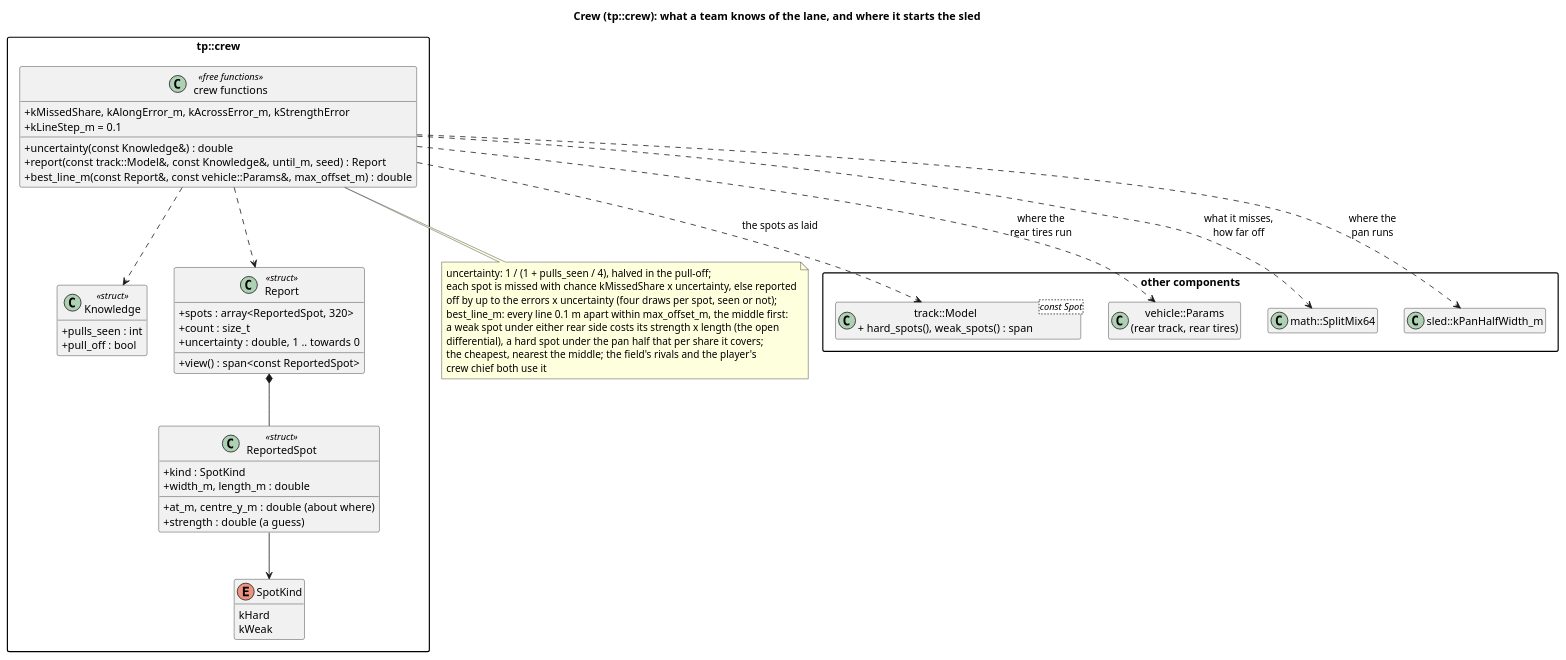
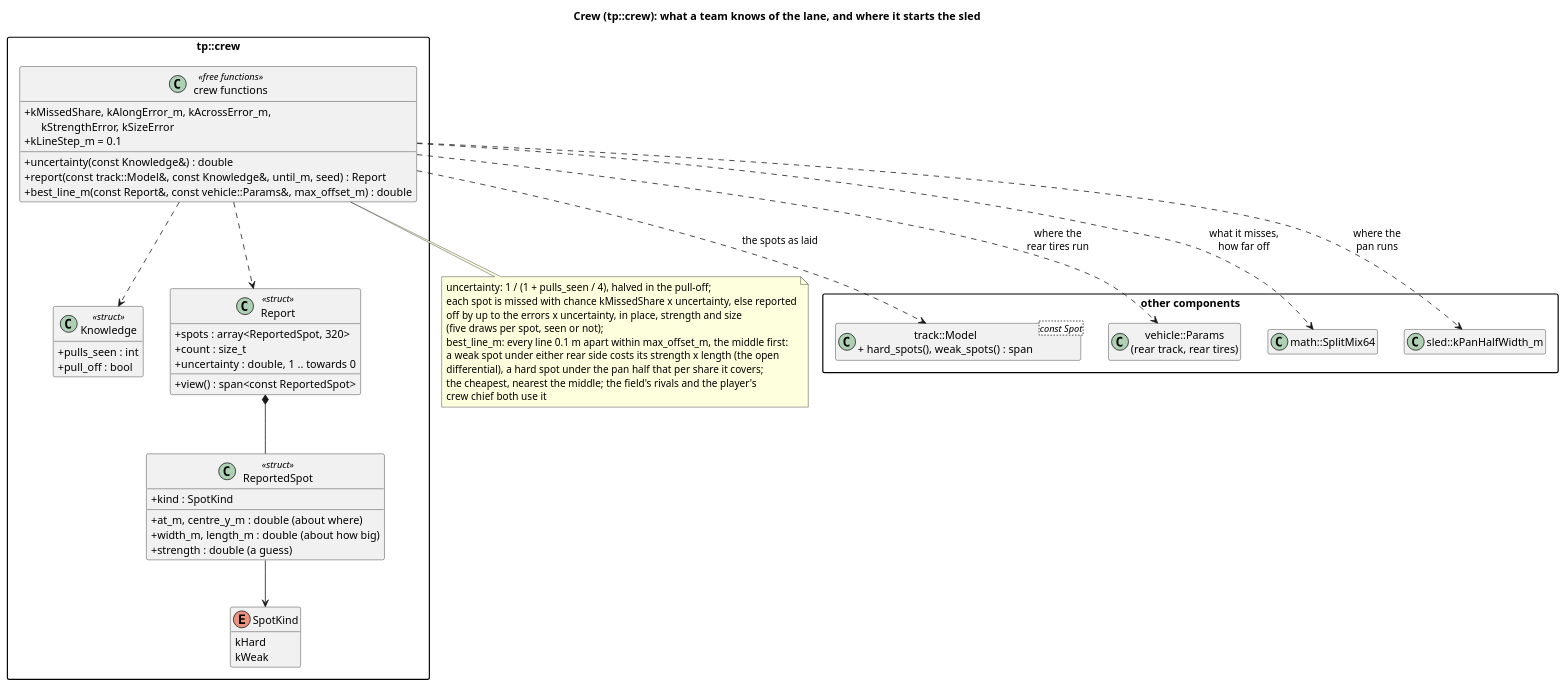
One commit to wversteeg/TractorPulling changed the diagram in docs/diagrams/crew_classes.puml. Above: the diagram before and after it, drawn with PlantUML. The commit also changed 14 other files, not shown here.

First line of the commit message:
Address review: one spot search per kind, the event's track built once

```diff
--- a/docs/diagrams/crew_classes.puml
+++ b/docs/diagrams/crew_classes.puml
@@ -1,61 +1,62 @@
 @startuml crew_classes
 title Crew (tp::crew): what a team knows of the lane, and where it starts the sled
 hide empty members
 skinparam packageStyle rectangle
 skinparam classAttributeIconSize 0
 
 package "other components" {
   class "track::Model\n+ hard_spots(), weak_spots() : span<const Spot>" as Track
   class "vehicle::Params\n(rear track, rear tires)" as Vehicle
   class "math::SplitMix64" as Random
   class "sled::kPanHalfWidth_m" as Pan
 }
 
 package "tp::crew" {
   enum SpotKind {
     kHard
     kWeak
   }
   class Knowledge <<struct>> {
     +pulls_seen : int
     +pull_off : bool
   }
   class ReportedSpot <<struct>> {
     +kind : SpotKind
     +at_m, centre_y_m : double (about where)
-    +width_m, length_m : double
+    +width_m, length_m : double (about how big)
     +strength : double (a guess)
   }
   class Report <<struct>> {
     +spots : array<ReportedSpot, 320>
     +count : size_t
     +uncertainty : double, 1 .. towards 0
     +view() : span<const ReportedSpot>
   }
   class "crew functions" as CrewFns <<free functions>> {
     +uncertainty(const Knowledge&) : double
     +report(const track::Model&, const Knowledge&, until_m, seed) : Report
     +best_line_m(const Report&, const vehicle::Params&, max_offset_m) : double
-    +kMissedShare, kAlongError_m, kAcrossError_m, kStrengthError
+    +kMissedShare, kAlongError_m, kAcrossError_m,\n      kStrengthError, kSizeError
     +kLineStep_m = 0.1
   }
   Report *-- ReportedSpot
   ReportedSpot --> SpotKind
   CrewFns ..> Knowledge
   CrewFns ..> Report
 }
 CrewFns ..> Track : the spots as laid
 CrewFns ..> Random : what it misses,\nhow far off
 CrewFns ..> Vehicle : where the\nrear tires run
 CrewFns ..> Pan : where the\npan runs
 note bottom of CrewFns
   uncertainty: 1 / (1 + pulls_seen / 4), halved in the pull-off;
   each spot is missed with chance kMissedShare x uncertainty, else reported
-  off by up to the errors x uncertainty (four draws per spot, seen or not);
+  off by up to the errors x uncertainty, in place, strength and size
+  (five draws per spot, seen or not);
   best_line_m: every line 0.1 m apart within max_offset_m, the middle first:
   a weak spot under either rear side costs its strength x length (the open
   differential), a hard spot under the pan half that per share it covers;
   the cheapest, nearest the middle; the field's rivals and the player's
   crew chief both use it
 end note
 @enduml
```
